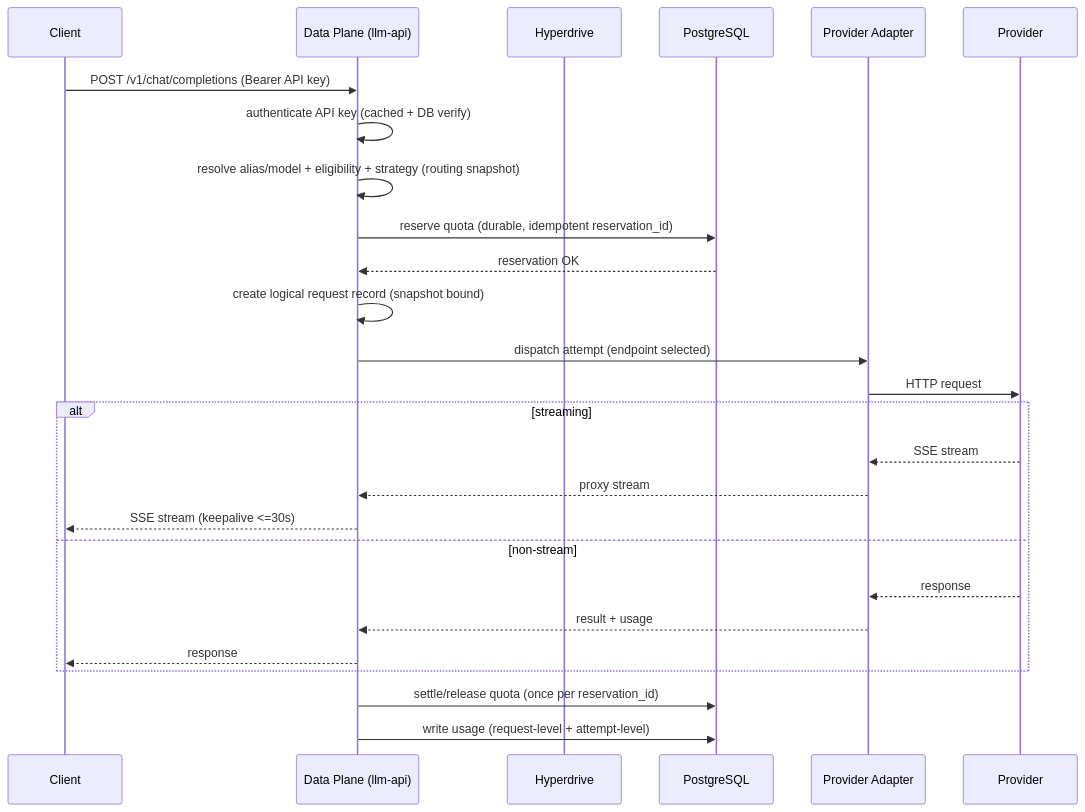
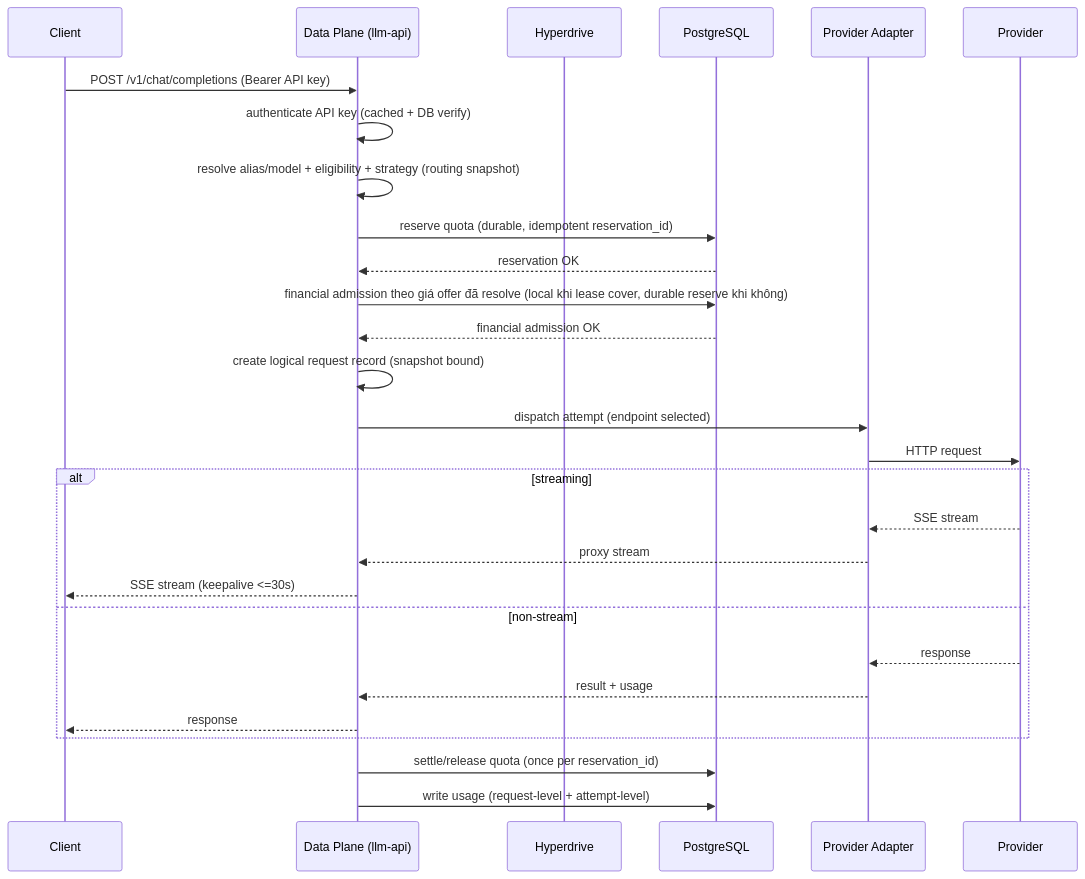
One commit to ecoma-io/ecoma changed the first of 7 diagrams in docs/applications/llm-api/01-architecture.md. Above: the diagram before and after it, drawn with Mermaid. The commit also changed other lines of this file and 19 other files, not shown here.

First line of the commit message:
docs: resolve internal sponsorship funding and first-party financial model

````diff
--- a/docs/applications/llm-api/01-architecture.md
+++ b/docs/applications/llm-api/01-architecture.md
@@ -67,29 +67,31 @@
 ```mermaid
 sequenceDiagram
   participant C as Client
   participant DP as Data Plane (llm-api)
   participant HD as Hyperdrive
   participant PG as PostgreSQL
   participant PA as Provider Adapter
   participant P as Provider
 
   C->>DP: POST /v1/chat/completions (Bearer API key)
   DP->>DP: authenticate API key (cached + DB verify)
   DP->>DP: resolve alias/model + eligibility + strategy (routing snapshot)
   DP->>PG: reserve quota (durable, idempotent reservation_id)
   PG-->>DP: reservation OK
+  DP->>PG: financial admission theo giá offer đã resolve (local khi lease cover, durable reserve khi không)
+  PG-->>DP: financial admission OK
   DP->>DP: create logical request record (snapshot bound)
   DP->>PA: dispatch attempt (endpoint selected)
   PA->>P: HTTP request
   alt streaming
     P-->>PA: SSE stream
     PA-->>DP: proxy stream
     DP-->>C: SSE stream (keepalive <=30s)
   else non-stream
     P-->>PA: response
     PA-->>DP: result + usage
     DP-->>C: response
   end
   DP->>PG: settle/release quota (once per reservation_id)
   DP->>PG: write usage (request-level + attempt-level)
 ```
````
